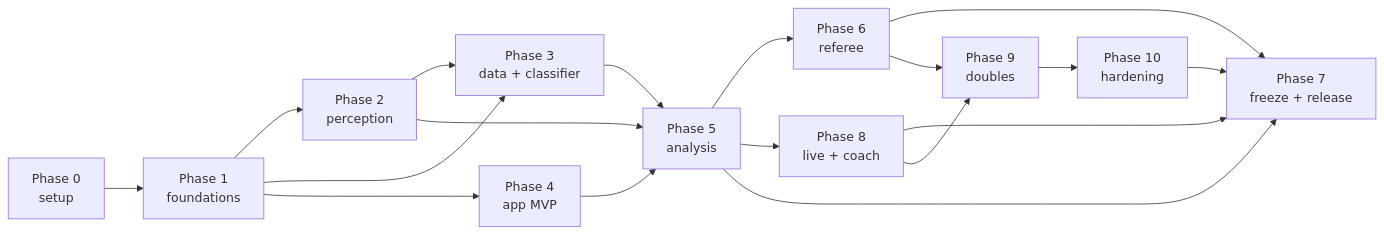
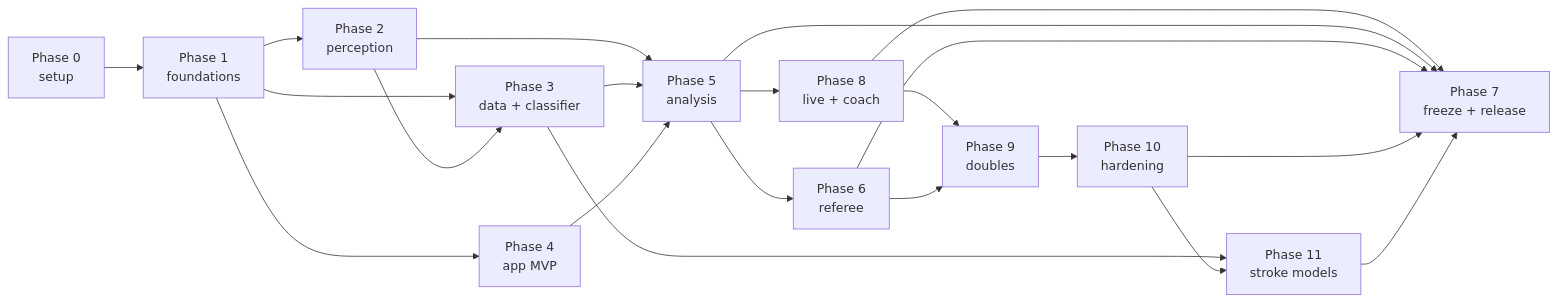
The second of 3 diagrams in docs/PHASES.md (Mist10148/ShuttleSense), drawn with Mermaid before and after one commit. The commit also changed other lines of this file and 3 other files, not shown here.

First line of the commit message:
docs: draft plan for selectable stroke models (Phase 11)

````diff
--- a/docs/PHASES.md
+++ b/docs/PHASES.md
@@ -88,20 +90,23 @@
 ```mermaid
 flowchart LR
     P0[Phase 0<br/>setup] --> P1[Phase 1<br/>foundations]
     P1 --> P2[Phase 2<br/>perception]
     P1 --> P3[Phase 3<br/>data + classifier]
     P1 --> P4[Phase 4<br/>app MVP]
     P2 --> P3
     P2 --> P5[Phase 5<br/>analysis]
     P3 --> P5
     P4 --> P5
     P5 --> P6[Phase 6<br/>referee]
     P5 --> P8[Phase 8<br/>live + coach]
     P8 --> P7
     P5 --> P7[Phase 7<br/>freeze + release]
     P6 --> P7
     P8 --> P9[Phase 9<br/>doubles]
     P6 --> P9
     P9 --> P10[Phase 10<br/>hardening]
     P10 --> P7
+    P3 --> P11[Phase 11<br/>stroke models]
+    P10 --> P11
+    P11 --> P7
 ```
````
